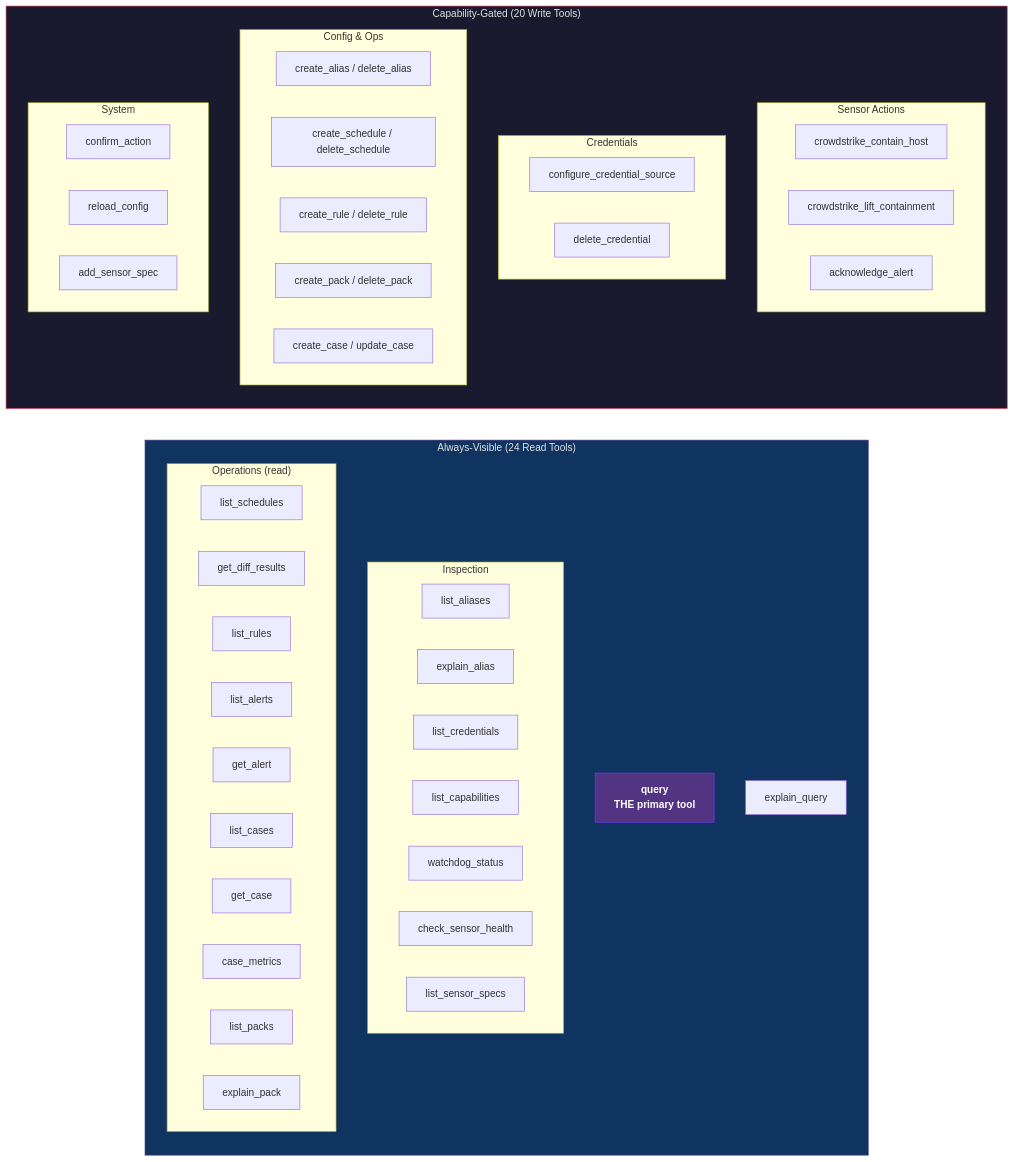
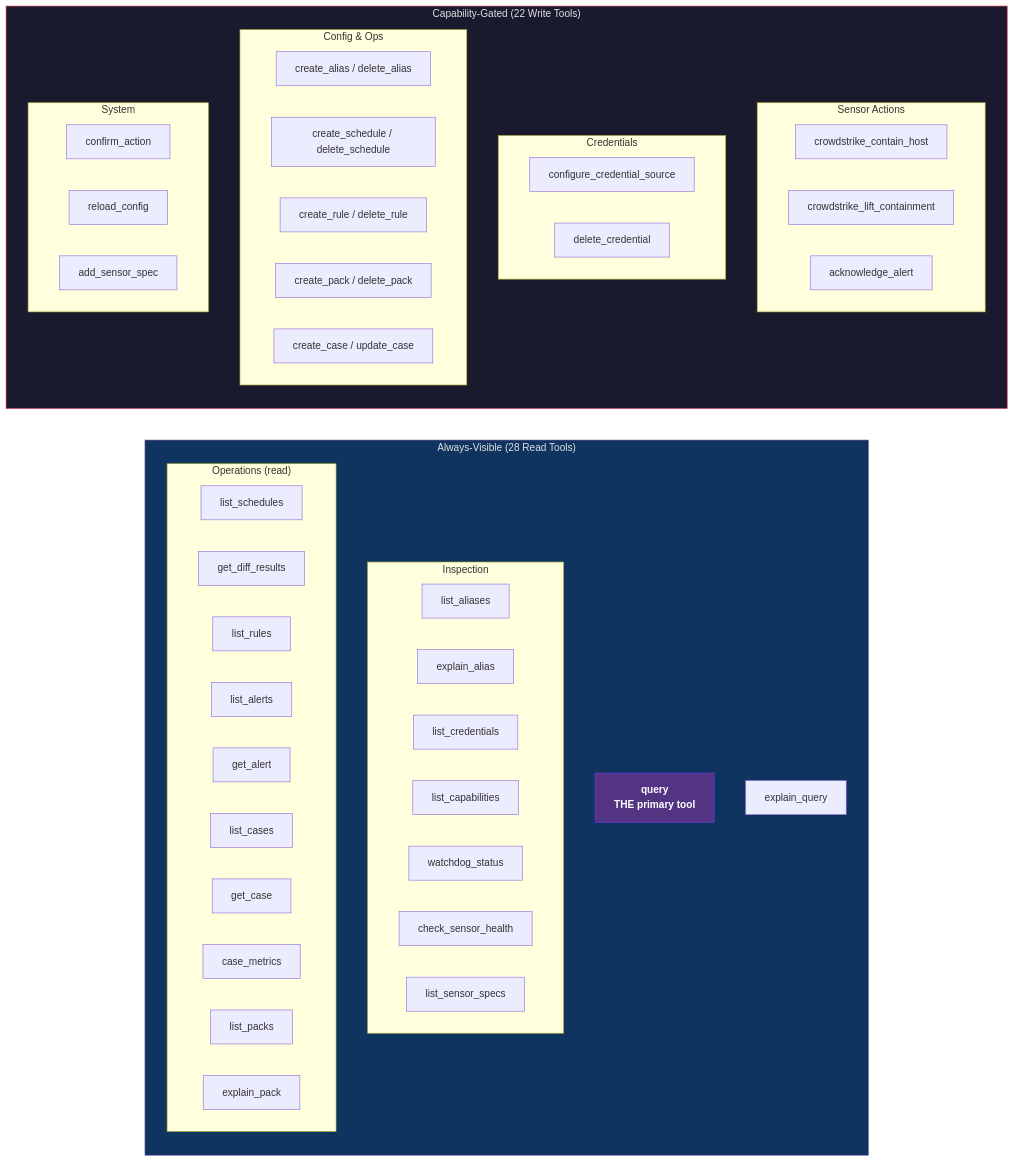
One commit to drbothen/prism changed the first of 3 diagrams in specs/architecture/api-surface.md. Above: the diagram before and after it, drawn with Mermaid. The commit also changed other lines of this file and 9 other files, not shown here.

````diff
--- a/specs/architecture/api-surface.md
+++ b/specs/architecture/api-surface.md
@@ -22,58 +22,58 @@
 ```mermaid
 graph LR
-    subgraph VISIBLE["Always-Visible (24 Read Tools)"]
+    subgraph VISIBLE["Always-Visible (28 Read Tools)"]
         direction TB
         Q["query<br/><b>THE primary tool</b>"]
         EQ["explain_query"]
         subgraph INSPECT["Inspection"]
             LA["list_aliases"]
             EA["explain_alias"]
             LC["list_credentials"]
             LCap["list_capabilities"]
             WS["watchdog_status"]
             CSH["check_sensor_health"]
             LSS["list_sensor_specs"]
         end
         subgraph OPS_READ["Operations (read)"]
             LS["list_schedules"]
             GD["get_diff_results"]
             LR["list_rules"]
             LAl["list_alerts"]
             GA["get_alert"]
             LCs["list_cases"]
             GC["get_case"]
             CM["case_metrics"]
             LP["list_packs"]
             EP["explain_pack"]
         end
     end
 
-    subgraph GATED["Capability-Gated (20 Write Tools)"]
+    subgraph GATED["Capability-Gated (22 Write Tools)"]
         direction TB
         subgraph SENSOR_WRITE["Sensor Actions"]
             CH["crowdstrike_contain_host"]
             CL["crowdstrike_lift_containment"]
             AA["acknowledge_alert"]
         end
         subgraph CRED_WRITE["Credentials"]
             SC["configure_credential_source"]
             DC["delete_credential"]
         end
         subgraph CONFIG_WRITE["Config & Ops"]
             CA2["create_alias / delete_alias"]
             CS2["create_schedule / delete_schedule"]
             CR2["create_rule / delete_rule"]
             CP2["create_pack / delete_pack"]
             CC2["create_case / update_case"]
         end
         subgraph SYSTEM["System"]
             CONF["confirm_action"]
             RC["reload_config"]
             AS["add_sensor_spec"]
         end
     end
 
     style VISIBLE fill:#0f3460,stroke:#533483,color:#e0e0e0
     style GATED fill:#1a1a2e,stroke:#e94560,color:#e0e0e0
     style Q fill:#533483,stroke:#7c3aed,color:#fff,font-weight:bold
 ```
````
